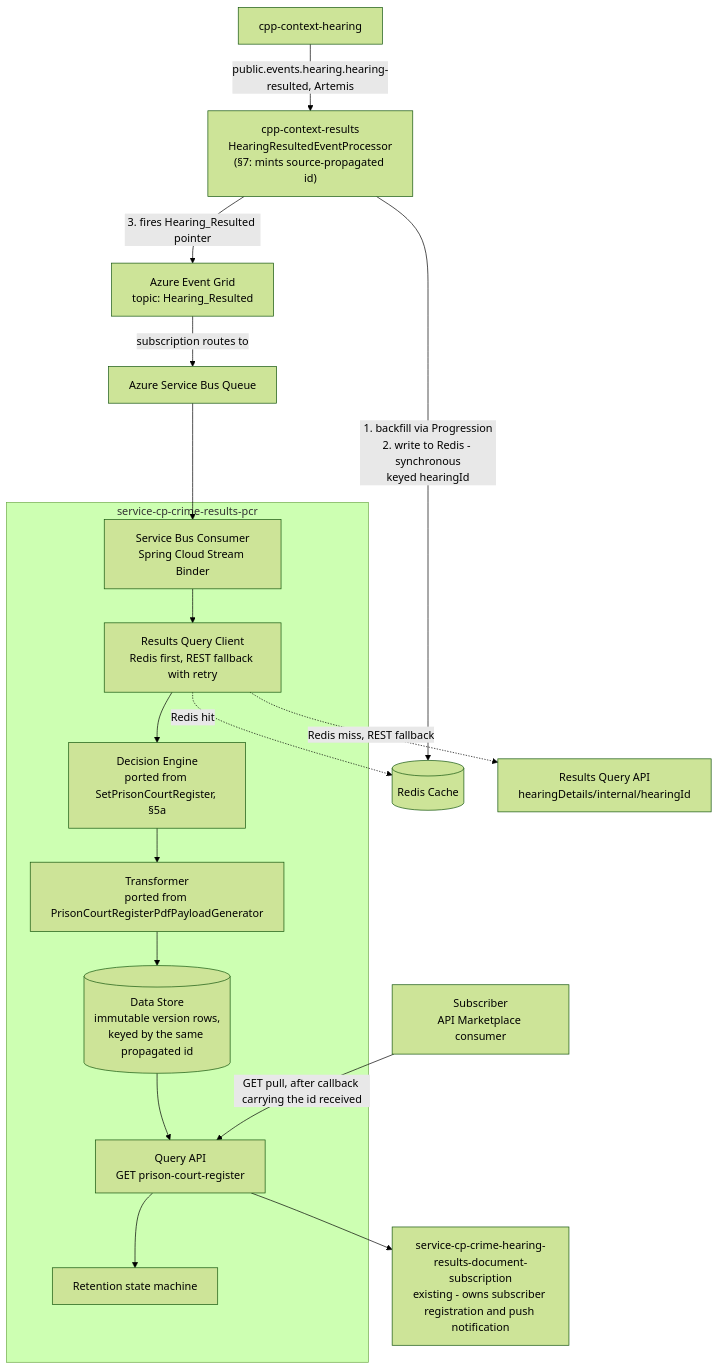
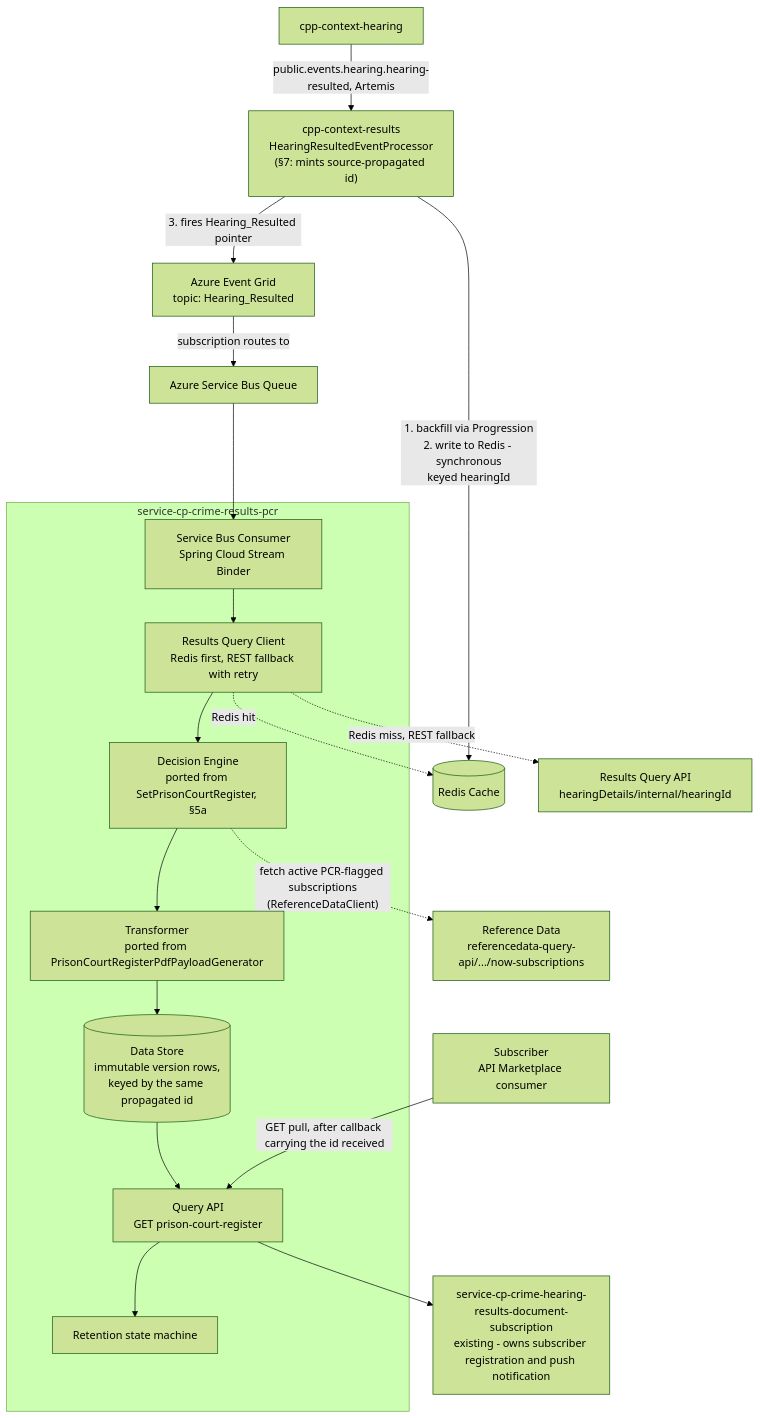
Before and after one commit to hmcts/service-cp-crime-results-pcr: the first of 3 diagrams in docs/designs/2026-07-16-pcr-api-marketplace-design-v2.md, drawn with Mermaid (forest theme). The commit also changed 11 other files, not shown here.

````diff
--- a/docs/designs/2026-07-16-pcr-api-marketplace-design-v2.md
+++ b/docs/designs/2026-07-16-pcr-api-marketplace-design-v2.md
@@ -33,24 +33,25 @@
 ```mermaid
 flowchart TB
     Hearing["cpp-context-hearing"] -->|"public.events.hearing.hearing-resulted, Artemis"| Results["cpp-context-results<br/>HearingResultedEventProcessor<br/>(§7: mints source-propagated id)"]
     Results -->|"1. backfill via Progression<br/>2. write to Redis - synchronous<br/>keyed hearingId"| Redis[("Redis Cache")]
     Results -->|"3. fires Hearing_Resulted pointer"| Grid["Azure Event Grid<br/>topic: Hearing_Resulted"]
     Grid -->|"subscription routes to"| Bus["Azure Service Bus Queue"]
     Bus --> Consumer
 
     subgraph PCR["service-cp-crime-results-pcr"]
         Consumer["Service Bus Consumer<br/>Spring Cloud Stream Binder"] --> Query["Results Query Client<br/>Redis first, REST fallback with retry"]
         Query --> Decision["Decision Engine<br/>ported from SetPrisonCourtRegister, §5a"]
         Decision --> Transform["Transformer<br/>ported from PrisonCourtRegisterPdfPayloadGenerator"]
         Transform --> Store[("Data Store<br/>immutable version rows,<br/>keyed by the same propagated id")]
         Store --> API["Query API<br/>GET prison-court-register"]
         API --> Retention["Retention state machine"]
     end
 
     Query -.->|"Redis hit"| Redis
     Query -.->|"Redis miss, REST fallback"| ResultsAPI["Results Query API<br/>hearingDetails/internal/hearingId"]
+    Decision -.->|"fetch active PCR-flagged subscriptions<br/>(ReferenceDataClient)"| RefData["Reference Data<br/>referencedata-query-api/.../now-subscriptions"]
 
     API --> Subscription["service-cp-crime-hearing-results-document-subscription<br/>existing - owns subscriber registration and push notification"]
 
     Subscriber["Subscriber<br/>API Marketplace consumer"] -->|"GET pull, after callback carrying the id received"| API
 ```
````
